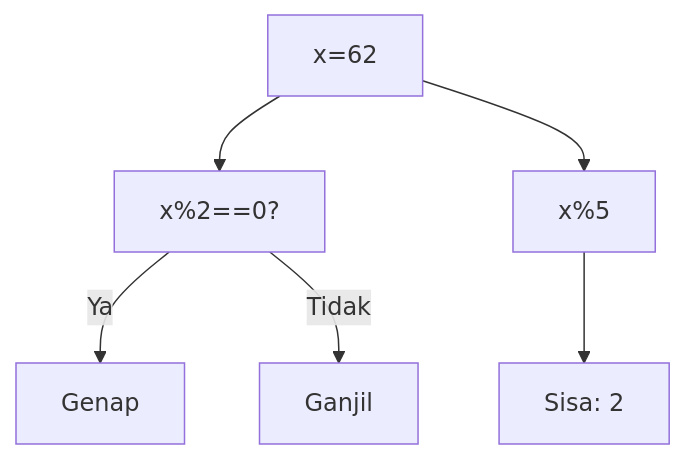
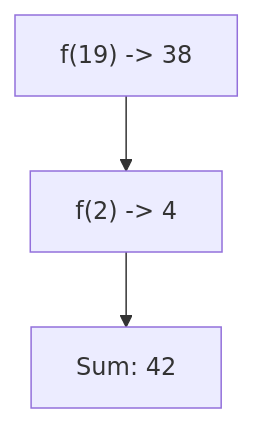
Diagram 12 of 25 in part-c-pemahaman-cpp/04-fungsi/latihan/set-06.md (amnahwaida/OSNK_INF_PREP), drawn with Mermaid before and after one commit. The commit also changed other lines of this file and 71 other files, not shown here.

````diff
--- a/part-c-pemahaman-cpp/04-fungsi/latihan/set-06.md
+++ b/part-c-pemahaman-cpp/04-fungsi/latihan/set-06.md
@@ -303,8 +315,5 @@
 ```mermaid
 graph TD
-A["x=62"] --> B["x%2==0?"]
-B -- Ya --> C["Genap"]
-B -- Tidak --> D["Ganjil"]
-A --> E["x%5"]
-E --> F["Sisa: 2"]
+A["f(19) -> 38"] --> B["f(2) -> 4"]
+B --> C["Sum: 42"]
 ```
````
